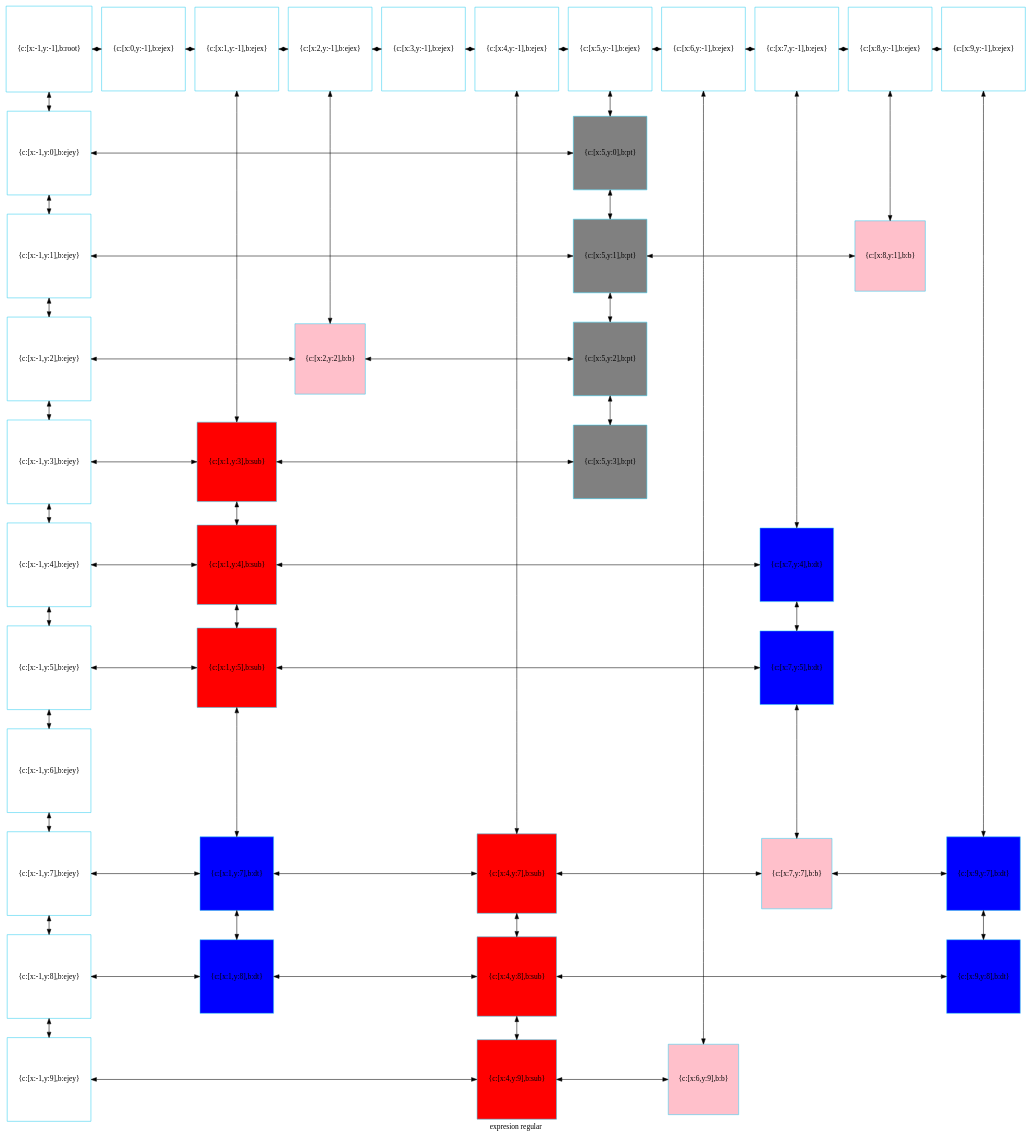
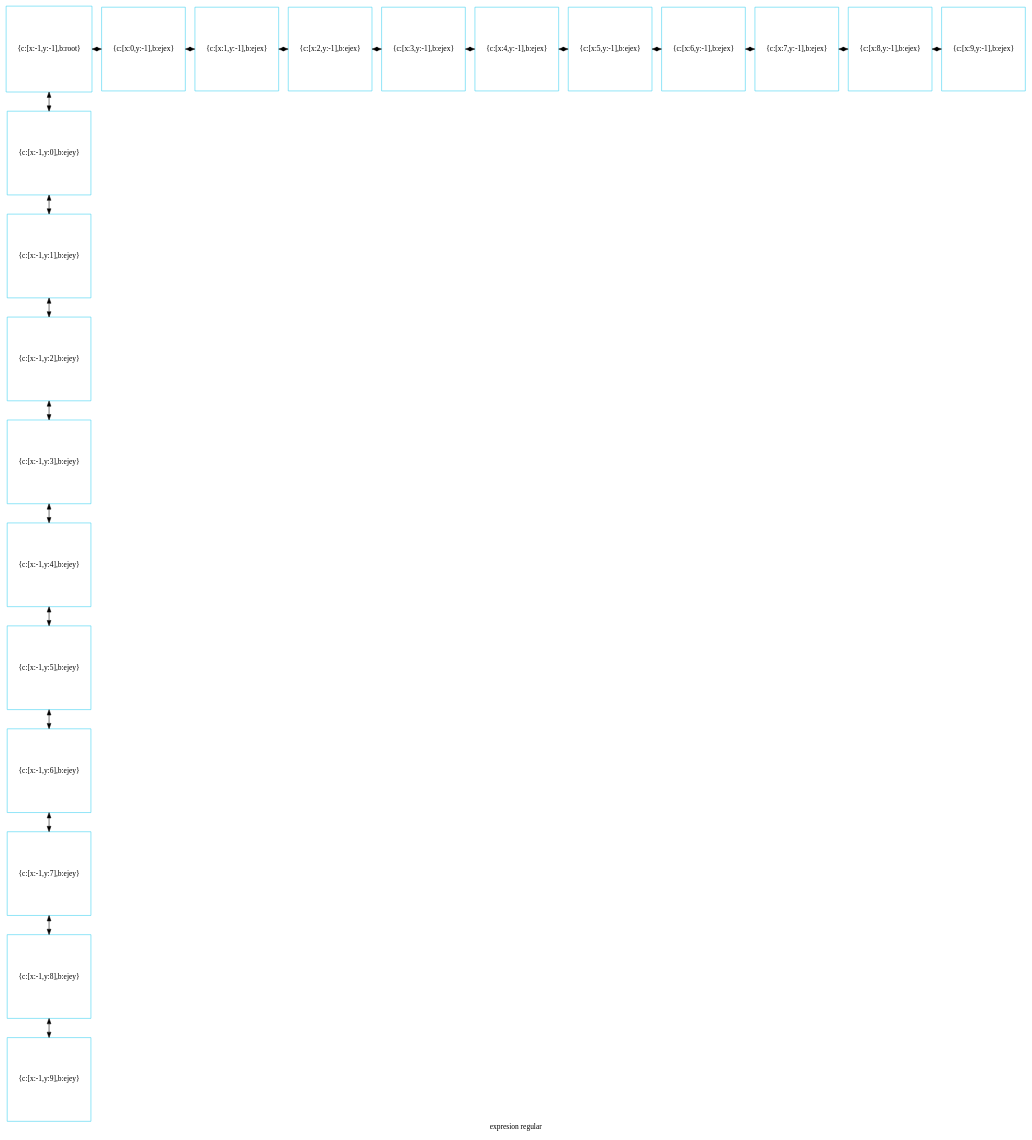
The diagram in mitablero.dot (betebetoven/EDDS2F2), drawn with Graphviz before and after one commit. The commit also changed 41 other files, not shown here.

```diff
--- a/mitablero.dot
+++ b/mitablero.dot
@@ -1,121 +1,61 @@
 digraph G
 {label="expresion regular"
         node[shape = square]
         node[style = filled]
         node[fillcolor = "#EEEEE"]
         node[color = "#EEEEE"]
         node[color = "#31CEF0"]
 
-1731289668800[label="{c:[x:-1,y:-1],b:root}",fillcolor = "white"]
-1731289668944[label="{c:[x:0,y:-1],b:ejex}",fillcolor = "white"]
-1731289669088[label="{c:[x:1,y:-1],b:ejex}",fillcolor = "white"]
-1731289669232[label="{c:[x:2,y:-1],b:ejex}",fillcolor = "white"]
-1731289669376[label="{c:[x:3,y:-1],b:ejex}",fillcolor = "white"]
-1731289669520[label="{c:[x:4,y:-1],b:ejex}",fillcolor = "white"]
-1731289669664[label="{c:[x:5,y:-1],b:ejex}",fillcolor = "white"]
-1731289669808[label="{c:[x:6,y:-1],b:ejex}",fillcolor = "white"]
-1731289669952[label="{c:[x:7,y:-1],b:ejex}",fillcolor = "white"]
-1731289670096[label="{c:[x:8,y:-1],b:ejex}",fillcolor = "white"]
-1731289670240[label="{c:[x:9,y:-1],b:ejex}",fillcolor = "white"]
-1731289670384[label="{c:[x:-1,y:0],b:ejey}",fillcolor = "white"]
-1731289671968[label="{c:[x:5,y:0],b:pt}",fillcolor = "gray"]
-1731289670528[label="{c:[x:-1,y:1],b:ejey}",fillcolor = "white"]
-1731289672304[label="{c:[x:5,y:1],b:pt}",fillcolor = "gray"]
-1731289677680[label="{c:[x:8,y:1],b:b}",fillcolor = "pink"]
-1731289670672[label="{c:[x:-1,y:2],b:ejey}",fillcolor = "white"]
-1731289676672[label="{c:[x:2,y:2],b:b}",fillcolor = "pink"]
-1731289672640[label="{c:[x:5,y:2],b:pt}",fillcolor = "gray"]
-1731289670816[label="{c:[x:-1,y:3],b:ejey}",fillcolor = "white"]
-1731289673312[label="{c:[x:1,y:3],b:sub}",fillcolor = "red"]
-1731289672976[label="{c:[x:5,y:3],b:pt}",fillcolor = "gray"]
-1731289670960[label="{c:[x:-1,y:4],b:ejey}",fillcolor = "white"]
-1731289673648[label="{c:[x:1,y:4],b:sub}",fillcolor = "red"]
-1731289676720[label="{c:[x:7,y:4],b:dt}",fillcolor = "blue"]
-1731289671104[label="{c:[x:-1,y:5],b:ejey}",fillcolor = "white"]
-1731289673984[label="{c:[x:1,y:5],b:sub}",fillcolor = "red"]
-1731289677056[label="{c:[x:7,y:5],b:dt}",fillcolor = "blue"]
-1731289671248[label="{c:[x:-1,y:6],b:ejey}",fillcolor = "white"]
-1731289671392[label="{c:[x:-1,y:7],b:ejey}",fillcolor = "white"]
-1731289675328[label="{c:[x:1,y:7],b:dt}",fillcolor = "blue"]
-1731289674320[label="{c:[x:4,y:7],b:sub}",fillcolor = "red"]
-1731289694800[label="{c:[x:7,y:7],b:b}",fillcolor = "pink"]
-1731289676000[label="{c:[x:9,y:7],b:dt}",fillcolor = "blue"]
-1731289671536[label="{c:[x:-1,y:8],b:ejey}",fillcolor = "white"]
-1731289675664[label="{c:[x:1,y:8],b:dt}",fillcolor = "blue"]
-1731289674656[label="{c:[x:4,y:8],b:sub}",fillcolor = "red"]
-1731289676336[label="{c:[x:9,y:8],b:dt}",fillcolor = "blue"]
-1731289671680[label="{c:[x:-1,y:9],b:ejey}",fillcolor = "white"]
-1731289674992[label="{c:[x:4,y:9],b:sub}",fillcolor = "red"]
-1731289694464[label="{c:[x:6,y:9],b:b}",fillcolor = "pink"]
-1731289668800->1731289670384[dir = both];
-1731289670384->1731289670528[dir = both];
-1731289670528->1731289670672[dir = both];
-1731289670672->1731289670816[dir = both];
-1731289670816->1731289670960[dir = both];
-1731289670960->1731289671104[dir = both];
-1731289671104->1731289671248[dir = both];
-1731289671248->1731289671392[dir = both];
-1731289671392->1731289671536[dir = both];
-1731289671536->1731289671680[dir = both];
-1731289669088->1731289673312[dir = both];
-1731289673312->1731289673648[dir = both];
-1731289673648->1731289673984[dir = both];
-1731289673984->1731289675328[dir = both];
-1731289675328->1731289675664[dir = both];
-1731289669232->1731289676672[dir = both];
-1731289669520->1731289674320[dir = both];
-1731289674320->1731289674656[dir = both];
-1731289674656->1731289674992[dir = both];
-1731289669664->1731289671968[dir = both];
-1731289671968->1731289672304[dir = both];
-1731289672304->1731289672640[dir = both];
-1731289672640->1731289672976[dir = both];
-1731289669808->1731289694464[dir = both];
-1731289669952->1731289676720[dir = both];
-1731289676720->1731289677056[dir = both];
-1731289677056->1731289694800[dir = both];
-1731289670096->1731289677680[dir = both];
-1731289670240->1731289676000[dir = both];
-1731289676000->1731289676336[dir = both];
-1731289668800->1731289668944[dir = both];
-1731289668944->1731289669088[dir = both];
-1731289669088->1731289669232[dir = both];
-1731289669232->1731289669376[dir = both];
-1731289669376->1731289669520[dir = both];
-1731289669520->1731289669664[dir = both];
-1731289669664->1731289669808[dir = both];
-1731289669808->1731289669952[dir = both];
-1731289669952->1731289670096[dir = both];
-1731289670096->1731289670240[dir = both];
-1731289670384->1731289671968[constraint=false,dir = both];
-1731289670528->1731289672304[constraint=false,dir = both];
-1731289672304->1731289677680[constraint=false,dir = both];
-1731289670672->1731289676672[constraint=false,dir = both];
-1731289676672->1731289672640[constraint=false,dir = both];
-1731289670816->1731289673312[constraint=false,dir = both];
-1731289673312->1731289672976[constraint=false,dir = both];
-1731289670960->1731289673648[constraint=false,dir = both];
-1731289673648->1731289676720[constraint=false,dir = both];
-1731289671104->1731289673984[constraint=false,dir = both];
-1731289673984->1731289677056[constraint=false,dir = both];
-1731289671392->1731289675328[constraint=false,dir = both];
-1731289675328->1731289674320[constraint=false,dir = both];
-1731289674320->1731289694800[constraint=false,dir = both];
-1731289694800->1731289676000[constraint=false,dir = both];
-1731289671536->1731289675664[constraint=false,dir = both];
-1731289675664->1731289674656[constraint=false,dir = both];
-1731289674656->1731289676336[constraint=false,dir = both];
-1731289671680->1731289674992[constraint=false,dir = both];
-1731289674992->1731289694464[constraint=false,dir = both];
- {rank=same; 1731289668800;1731289668944;1731289669088;1731289669232;1731289669376;1731289669520;1731289669664;1731289669808;1731289669952;1731289670096;1731289670240;}
- {rank=same; 1731289670384;1731289671968;}
- {rank=same; 1731289670528;1731289672304;1731289677680;}
- {rank=same; 1731289670672;1731289676672;1731289672640;}
- {rank=same; 1731289670816;1731289673312;1731289672976;}
- {rank=same; 1731289670960;1731289673648;1731289676720;}
- {rank=same; 1731289671104;1731289673984;1731289677056;}
- {rank=same; 1731289671248;}
- {rank=same; 1731289671392;1731289675328;1731289674320;1731289694800;1731289676000;}
- {rank=same; 1731289671536;1731289675664;1731289674656;1731289676336;}
- {rank=same; 1731289671680;1731289674992;1731289694464;}
+1654816211536[label="{c:[x:-1,y:-1],b:root}",fillcolor = "white"]
+1654816211680[label="{c:[x:0,y:-1],b:ejex}",fillcolor = "white"]
+1654816211824[label="{c:[x:1,y:-1],b:ejex}",fillcolor = "white"]
+1654816211968[label="{c:[x:2,y:-1],b:ejex}",fillcolor = "white"]
+1654816212112[label="{c:[x:3,y:-1],b:ejex}",fillcolor = "white"]
+1654816212256[label="{c:[x:4,y:-1],b:ejex}",fillcolor = "white"]
+1654816212400[label="{c:[x:5,y:-1],b:ejex}",fillcolor = "white"]
+1654816212544[label="{c:[x:6,y:-1],b:ejex}",fillcolor = "white"]
+1654816212688[label="{c:[x:7,y:-1],b:ejex}",fillcolor = "white"]
+1654816212832[label="{c:[x:8,y:-1],b:ejex}",fillcolor = "white"]
+1654816212976[label="{c:[x:9,y:-1],b:ejex}",fillcolor = "white"]
+1654816213120[label="{c:[x:-1,y:0],b:ejey}",fillcolor = "white"]
+1654816213264[label="{c:[x:-1,y:1],b:ejey}",fillcolor = "white"]
+1654816213408[label="{c:[x:-1,y:2],b:ejey}",fillcolor = "white"]
+1654816213552[label="{c:[x:-1,y:3],b:ejey}",fillcolor = "white"]
+1654816213696[label="{c:[x:-1,y:4],b:ejey}",fillcolor = "white"]
+1654816213840[label="{c:[x:-1,y:5],b:ejey}",fillcolor = "white"]
+1654816213984[label="{c:[x:-1,y:6],b:ejey}",fillcolor = "white"]
+1654816214128[label="{c:[x:-1,y:7],b:ejey}",fillcolor = "white"]
+1654816214272[label="{c:[x:-1,y:8],b:ejey}",fillcolor = "white"]
+1654816214416[label="{c:[x:-1,y:9],b:ejey}",fillcolor = "white"]
+1654816211536->1654816213120[dir = both];
+1654816213120->1654816213264[dir = both];
+1654816213264->1654816213408[dir = both];
+1654816213408->1654816213552[dir = both];
+1654816213552->1654816213696[dir = both];
+1654816213696->1654816213840[dir = both];
+1654816213840->1654816213984[dir = both];
+1654816213984->1654816214128[dir = both];
+1654816214128->1654816214272[dir = both];
+1654816214272->1654816214416[dir = both];
+1654816211536->1654816211680[dir = both];
+1654816211680->1654816211824[dir = both];
+1654816211824->1654816211968[dir = both];
+1654816211968->1654816212112[dir = both];
+1654816212112->1654816212256[dir = both];
+1654816212256->1654816212400[dir = both];
+1654816212400->1654816212544[dir = both];
+1654816212544->1654816212688[dir = both];
+1654816212688->1654816212832[dir = both];
+1654816212832->1654816212976[dir = both];
+ {rank=same; 1654816211536;1654816211680;1654816211824;1654816211968;1654816212112;1654816212256;1654816212400;1654816212544;1654816212688;1654816212832;1654816212976;}
+ {rank=same; 1654816213120;}
+ {rank=same; 1654816213264;}
+ {rank=same; 1654816213408;}
+ {rank=same; 1654816213552;}
+ {rank=same; 1654816213696;}
+ {rank=same; 1654816213840;}
+ {rank=same; 1654816213984;}
+ {rank=same; 1654816214128;}
+ {rank=same; 1654816214272;}
+ {rank=same; 1654816214416;}
 }
```
